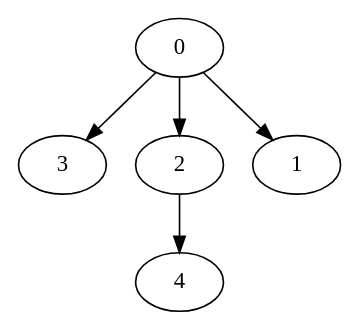
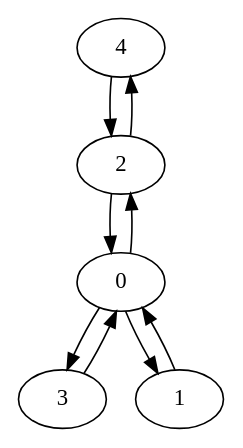
The diagram in 22-bridges_and_articulation_points/graph1.dot (KennyBlanckaert/C-Playground), drawn with Graphviz before and after one commit. The commit also changed 4 other files, not shown here.

```diff
--- a/22-bridges_and_articulation_points/graph1.dot
+++ b/22-bridges_and_articulation_points/graph1.dot
@@ -1,11 +1,15 @@
 digraph {
 "4"[label="4"];
 "3"[label="3"];
 "2"[label="2"];
 "1"[label="1"];
 "0"[label="0"];
 "0" -> "1";
 "0" -> "2";
 "0" -> "3";
+"1" -> "0";
+"2" -> "0";
 "2" -> "4";
+"3" -> "0";
+"4" -> "2";
 }
```
